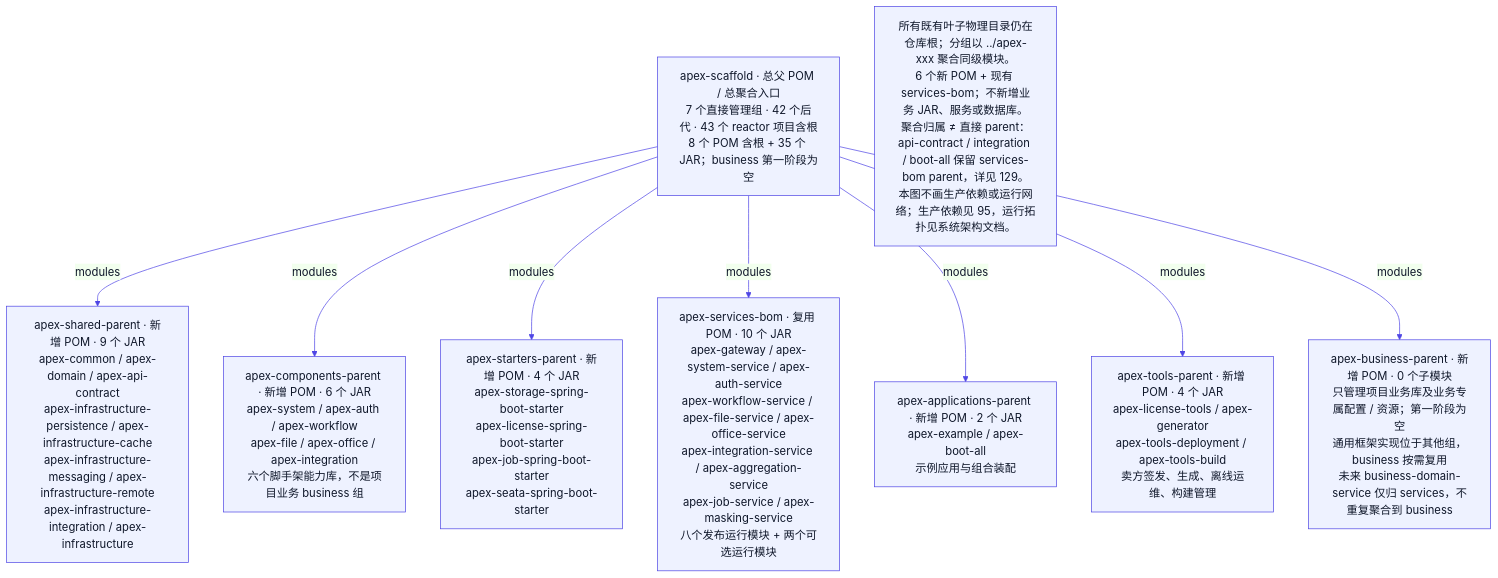
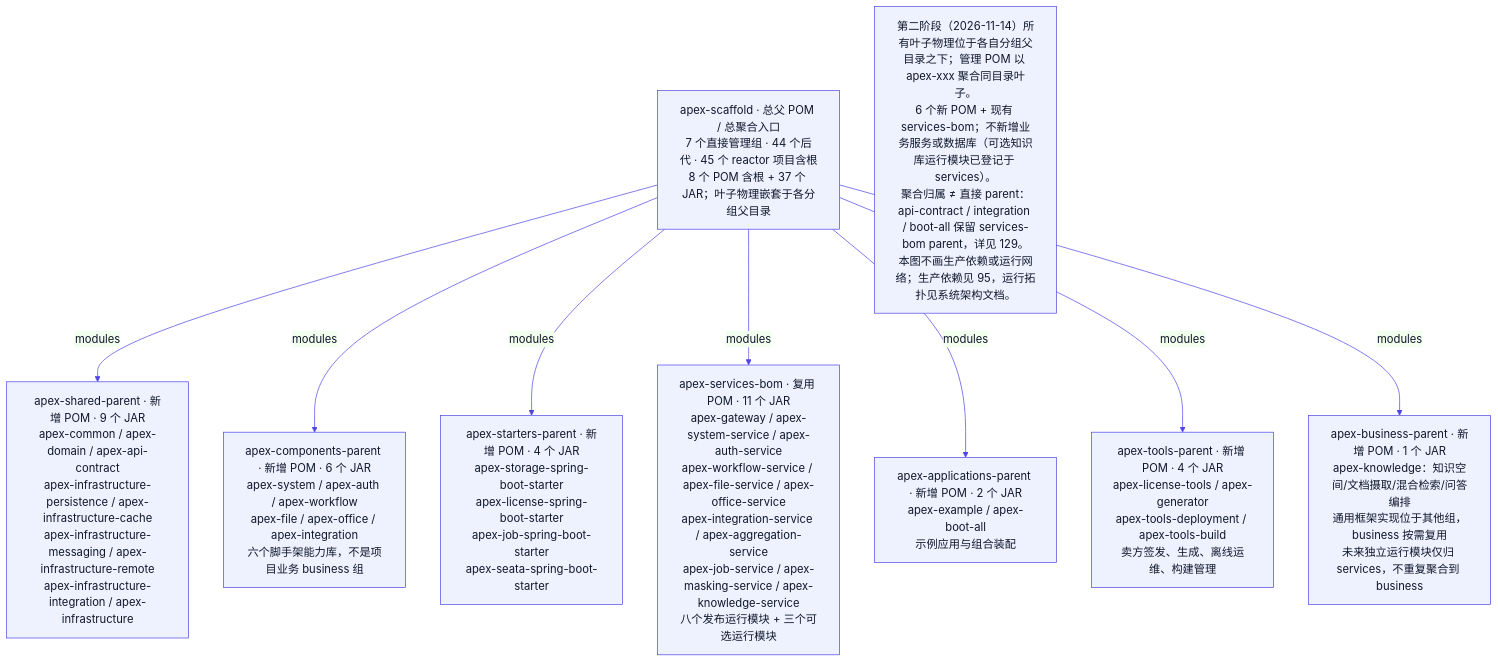
Before and after one commit to apex-cloud-service/apex-scaffold: the diagram in docs/diagrams/128_maven_module_groups.mmd, drawn with Mermaid. The commit also changed 175 other files, not shown here.

First line of the commit message:
docs(structure): B6 文档与图表同步两级布局——链接重指向、双源图更新、口径刷新

```diff
--- a/docs/diagrams/128_maven_module_groups.mmd
+++ b/docs/diagrams/128_maven_module_groups.mmd
@@ -1,20 +1,20 @@
 %%{init: {'theme':'base', 'themeVariables': {'primaryColor':'#eef2ff','primaryTextColor':'#0f172a','primaryBorderColor':'#4f46e5','lineColor':'#4f46e5','fontFamily':'sans-serif'}}}%%
-%% 第一阶段 Maven 聚合关系：根 -> 管理组（<modules>），不是 parent 或 compile 依赖。
-%% 卡内成员为聚合清单，未将 42 个后代展开为 42 个节点。与同名手写 SVG 语义配对维护。
+%% 第二阶段 Maven 聚合与物理归位：根 -> 管理组（<modules>），不是 parent 或 compile 依赖。
+%% 卡内成员为聚合清单，未将 44 个后代展开为 44 个节点。与同名手写 SVG 语义配对维护。
 flowchart TB
-    ROOT["apex-scaffold · 总父 POM / 总聚合入口<br/>7 个直接管理组 · 42 个后代 · 43 个 reactor 项目含根<br/>8 个 POM 含根 + 35 个 JAR；business 第一阶段为空"]
+    ROOT["apex-scaffold · 总父 POM / 总聚合入口<br/>7 个直接管理组 · 44 个后代 · 45 个 reactor 项目含根<br/>8 个 POM 含根 + 37 个 JAR；叶子物理嵌套于各分组父目录"]
     SHARED["apex-shared-parent · 新增 POM · 9 个 JAR<br/>apex-common / apex-domain / apex-api-contract<br/>apex-infrastructure-persistence / apex-infrastructure-cache<br/>apex-infrastructure-messaging / apex-infrastructure-remote<br/>apex-infrastructure-integration / apex-infrastructure"]
     COMPONENTS["apex-components-parent · 新增 POM · 6 个 JAR<br/>apex-system / apex-auth / apex-workflow<br/>apex-file / apex-office / apex-integration<br/>六个脚手架能力库，不是项目业务 business 组"]
     STARTERS["apex-starters-parent · 新增 POM · 4 个 JAR<br/>apex-storage-spring-boot-starter<br/>apex-license-spring-boot-starter<br/>apex-job-spring-boot-starter<br/>apex-seata-spring-boot-starter"]
-    SERVICES["apex-services-bom · 复用 POM · 10 个 JAR<br/>apex-gateway / apex-system-service / apex-auth-service<br/>apex-workflow-service / apex-file-service / apex-office-service<br/>apex-integration-service / apex-aggregation-service<br/>apex-job-service / apex-masking-service<br/>八个发布运行模块 + 两个可选运行模块"]
+    SERVICES["apex-services-bom · 复用 POM · 11 个 JAR<br/>apex-gateway / apex-system-service / apex-auth-service<br/>apex-workflow-service / apex-file-service / apex-office-service<br/>apex-integration-service / apex-aggregation-service<br/>apex-job-service / apex-masking-service / apex-knowledge-service<br/>八个发布运行模块 + 三个可选运行模块"]
     APPLICATIONS["apex-applications-parent · 新增 POM · 2 个 JAR<br/>apex-example / apex-boot-all<br/>示例应用与组合装配"]
     TOOLS["apex-tools-parent · 新增 POM · 4 个 JAR<br/>apex-license-tools / apex-generator<br/>apex-tools-deployment / apex-tools-build<br/>卖方签发、生成、离线运维、构建管理"]
-    BUSINESS["apex-business-parent · 新增 POM · 0 个子模块<br/>只管理项目业务库及业务专属配置 / 资源；第一阶段为空<br/>通用框架实现位于其他组，business 按需复用<br/>未来 business-domain-service 仅归 services，不重复聚合到 business"]
+    BUSINESS["apex-business-parent · 新增 POM · 1 个 JAR<br/>apex-knowledge：知识空间/文档摄取/混合检索/问答编排<br/>通用框架实现位于其他组，business 按需复用<br/>未来独立运行模块仅归 services，不重复聚合到 business"]
     ROOT -->|modules| SHARED
     ROOT -->|modules| COMPONENTS
     ROOT -->|modules| STARTERS
     ROOT -->|modules| SERVICES
     ROOT -->|modules| APPLICATIONS
     ROOT -->|modules| TOOLS
     ROOT -->|modules| BUSINESS
-    NOTE["所有既有叶子物理目录仍在仓库根；分组以 ../apex-xxx 聚合同级模块。<br/>6 个新 POM + 现有 services-bom；不新增业务 JAR、服务或数据库。<br/>聚合归属 ≠ 直接 parent：api-contract / integration / boot-all 保留 services-bom parent，详见 129。<br/>本图不画生产依赖或运行网络；生产依赖见 95，运行拓扑见系统架构文档。"]
+    NOTE["第二阶段（2026-11-14）所有叶子物理位于各自分组父目录之下；管理 POM 以 <module>apex-xxx</module> 聚合同目录叶子。<br/>6 个新 POM + 现有 services-bom；不新增业务服务或数据库（可选知识库运行模块已登记于 services）。<br/>聚合归属 ≠ 直接 parent：api-contract / integration / boot-all 保留 services-bom parent，详见 129。<br/>本图不画生产依赖或运行网络；生产依赖见 95，运行拓扑见系统架构文档。"]
```
